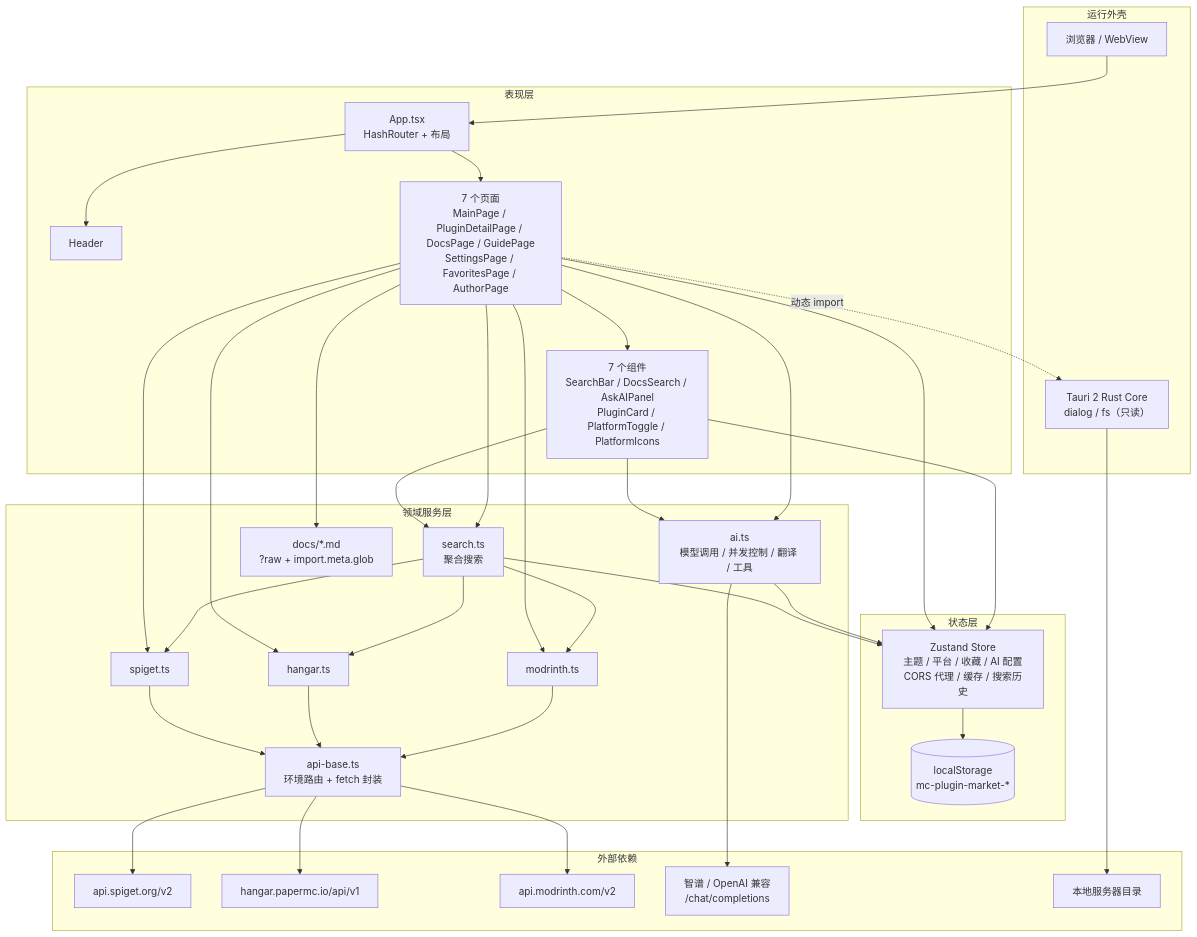
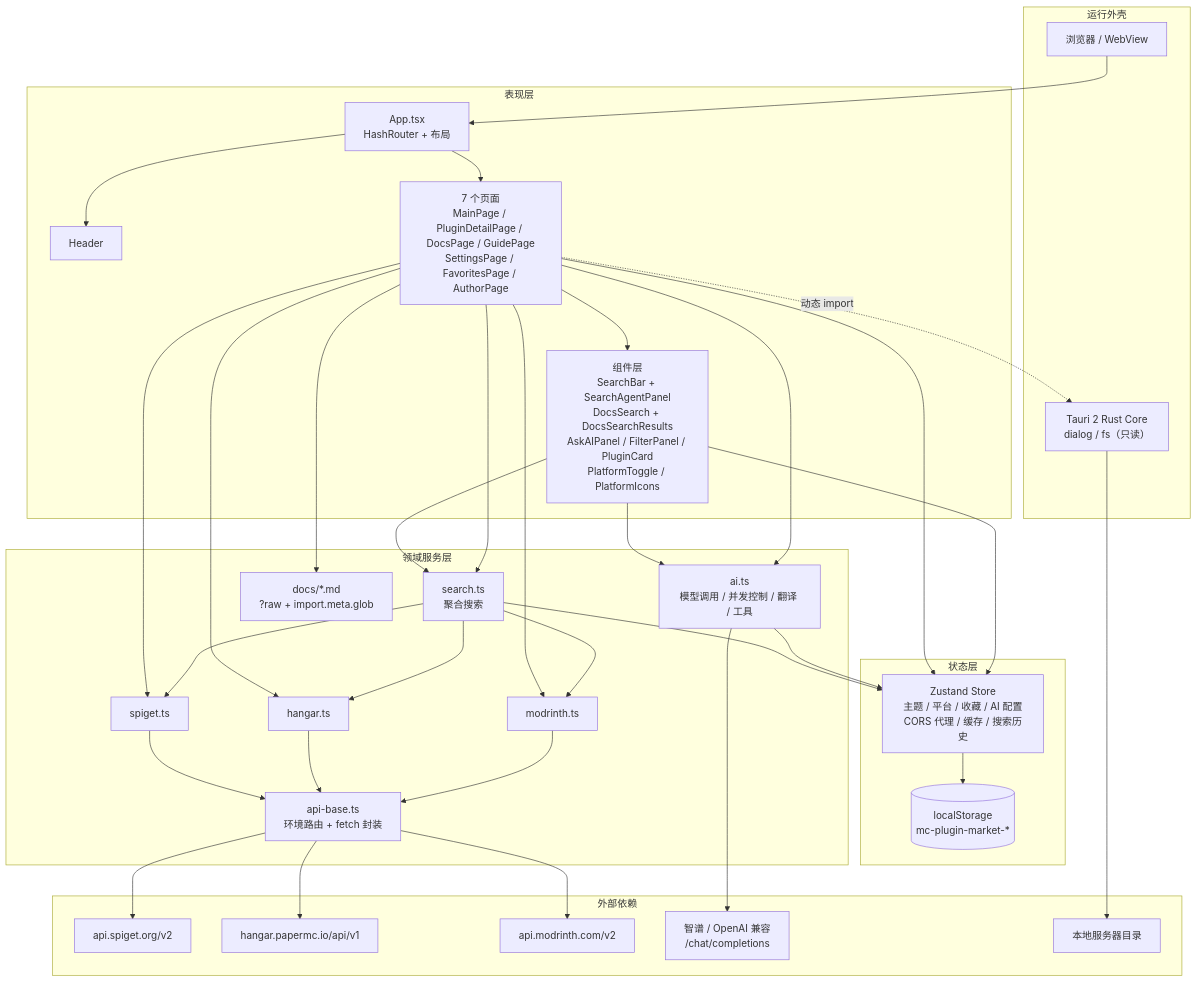
Before and after one commit to okouiko/pluginmarket: the first of 3 diagrams in docs/code-wiki/01-architecture.md, drawn with Mermaid. The commit also changed other lines of this file and 48 other files, not shown here.

````diff
--- a/docs/code-wiki/01-architecture.md
+++ b/docs/code-wiki/01-architecture.md
@@ -25,67 +25,67 @@
 ```mermaid
 flowchart TB
     subgraph Shell["运行外壳"]
         Browser["浏览器 / WebView"]
         Tauri["Tauri 2 Rust Core<br/>dialog / fs（只读）"]
     end
 
     subgraph UI["表现层"]
         App["App.tsx<br/>HashRouter + 布局"]
         Header["Header"]
         Pages["7 个页面<br/>MainPage / PluginDetailPage / DocsPage / GuidePage<br/>SettingsPage / FavoritesPage / AuthorPage"]
-        Components["7 个组件<br/>SearchBar / DocsSearch / AskAIPanel<br/>PluginCard / PlatformToggle / PlatformIcons"]
+        Components["组件层<br/>SearchBar + SearchAgentPanel<br/>DocsSearch + DocsSearchResults<br/>AskAIPanel / FilterPanel / PluginCard<br/>PlatformToggle / PlatformIcons"]
     end
 
     subgraph State["状态层"]
         Store["Zustand Store<br/>主题 / 平台 / 收藏 / AI 配置<br/>CORS 代理 / 缓存 / 搜索历史"]
         LS[("localStorage<br/>mc-plugin-market-*")]
     end
 
     subgraph Domain["领域服务层"]
         Search["search.ts<br/>聚合搜索"]
         Spiget["spiget.ts"]
         Hangar["hangar.ts"]
         Modrinth["modrinth.ts"]
         ApiBase["api-base.ts<br/>环境路由 + fetch 封装"]
         AI["ai.ts<br/>模型调用 / 并发控制 / 翻译 / 工具"]
         Docs["docs/*.md<br/>?raw + import.meta.glob"]
     end
 
     subgraph External["外部依赖"]
         SpigetAPI["api.spiget.org/v2"]
         HangarAPI["hangar.papermc.io/api/v1"]
         ModrinthAPI["api.modrinth.com/v2"]
         LLM["智谱 / OpenAI 兼容<br/>/chat/completions"]
         FS["本地服务器目录"]
     end
 
     Browser --> App
     App --> Header
     App --> Pages
     Pages --> Components
     Pages --> Store
     Components --> Store
     Components --> Search
     Components --> AI
     Pages --> Search
     Pages --> Spiget
     Pages --> Hangar
     Pages --> Modrinth
     Pages --> AI
     Pages --> Docs
     Search --> Store
     Search --> Spiget
     Search --> Hangar
     Search --> Modrinth
     Spiget --> ApiBase
     Hangar --> ApiBase
     Modrinth --> ApiBase
     AI --> Store
     Store --> LS
     ApiBase --> SpigetAPI
     ApiBase --> HangarAPI
     ApiBase --> ModrinthAPI
     AI --> LLM
     Tauri --> FS
     Pages -.->|"动态 import"| Tauri
 ```
````
